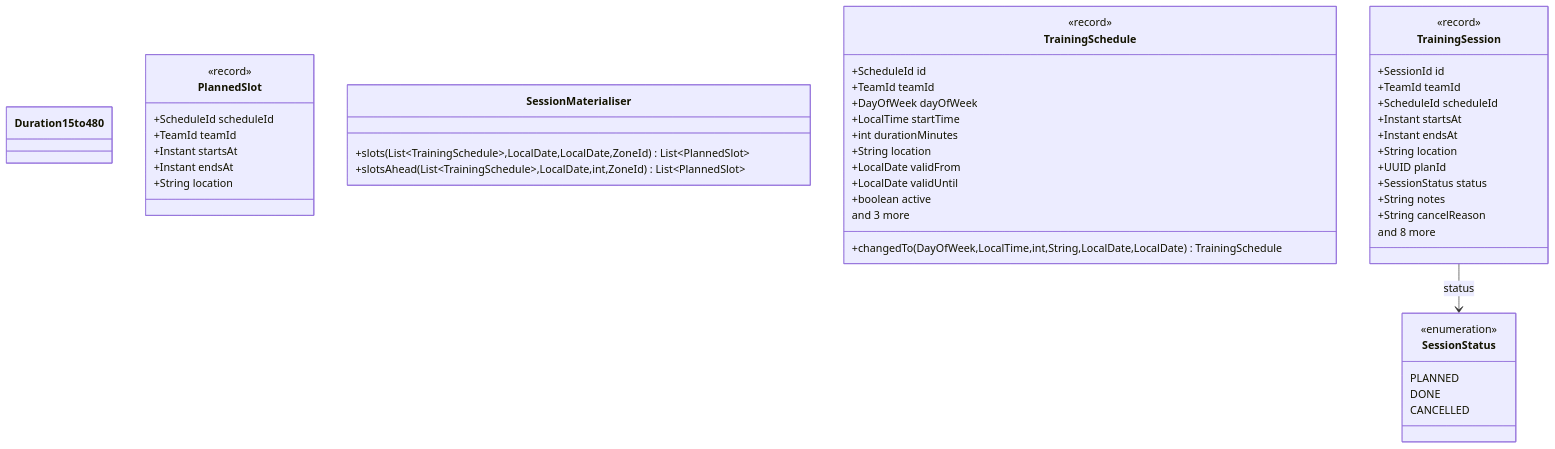
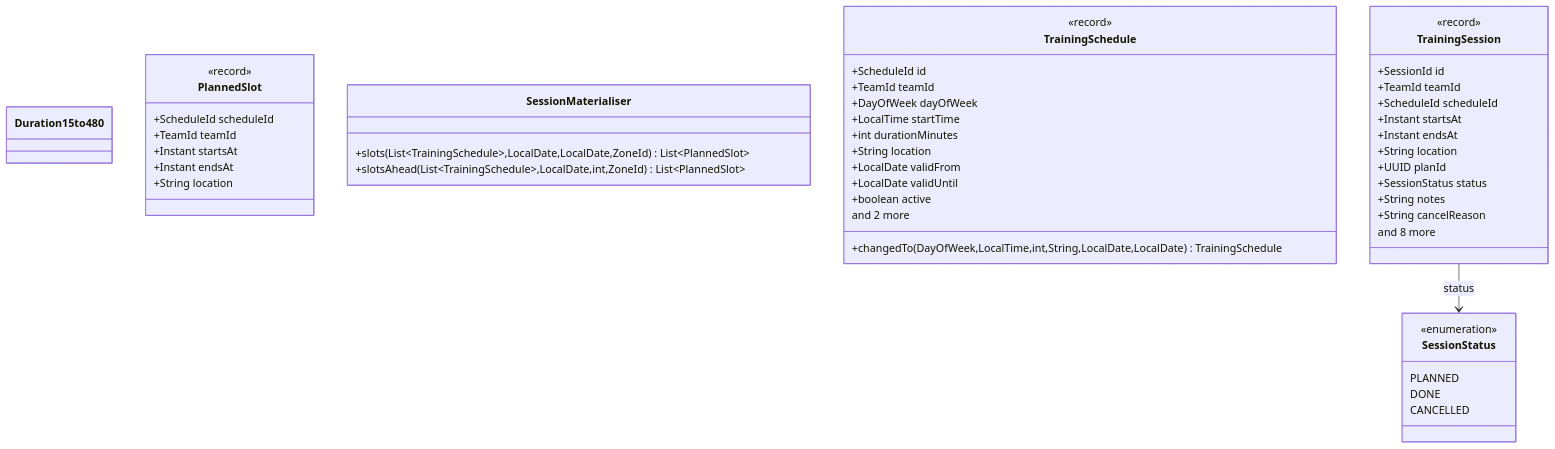
The fifth of 13 diagrams in docs/domain/athlete-model.md (davidbejar/hoops-academy), drawn with Mermaid before and after one commit. The commit also changed other lines of this file, not shown here.

Commit message:
docs(athlete): regenerate the model diagrams (just diagrams)

````diff
--- a/docs/domain/athlete-model.md
+++ b/docs/domain/athlete-model.md
@@ -457,52 +457,52 @@
 ```mermaid
 classDiagram
     class Duration15to480 {
     }
     class PlannedSlot {
         <<record>>
         +ScheduleId scheduleId
         +TeamId teamId
         +Instant startsAt
         +Instant endsAt
         +String location
     }
     class SessionMaterialiser {
         +slots(List~TrainingSchedule~,LocalDate,LocalDate,ZoneId) List~PlannedSlot~
         +slotsAhead(List~TrainingSchedule~,LocalDate,int,ZoneId) List~PlannedSlot~
     }
     class SessionStatus {
         <<enumeration>>
         PLANNED
         DONE
         CANCELLED
     }
     class TrainingSchedule {
         <<record>>
         +ScheduleId id
         +TeamId teamId
         +DayOfWeek dayOfWeek
         +LocalTime startTime
         +int durationMinutes
         +String location
         +LocalDate validFrom
         +LocalDate validUntil
         +boolean active
         +changedTo(DayOfWeek,LocalTime,int,String,LocalDate,LocalDate) TrainingSchedule
-        and 3 more
+        and 2 more
     }
     class TrainingSession {
         <<record>>
         +SessionId id
         +TeamId teamId
         +ScheduleId scheduleId
         +Instant startsAt
         +Instant endsAt
         +String location
         +UUID planId
         +SessionStatus status
         +String notes
         +String cancelReason
         and 8 more
     }
     TrainingSession --> SessionStatus : status
 ```
````
